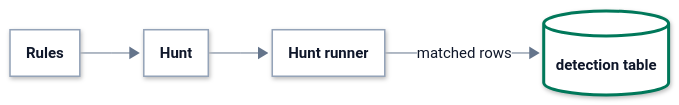
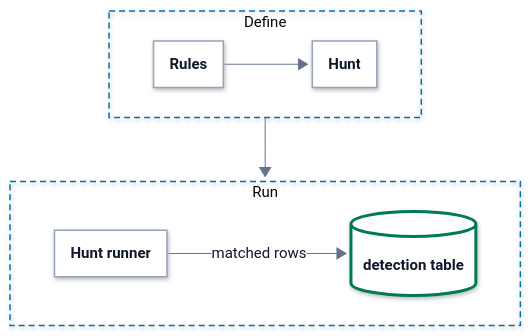
One commit to hyperi-io/dfe-engine changed the diagram in docs/data-plane/source-detections.md. Above: the diagram before and after it, drawn with Mermaid. The commit also changed 32 other files, not shown here.

First line of the commit message:
docs(architecture): engine page to the standard, diagrams to 860 px (#1209)

````diff
--- a/docs/data-plane/source-detections.md
+++ b/docs/data-plane/source-detections.md
@@ -76,72 +76,79 @@
 ```mermaid
 ---
 config:
   theme: base
   look: neo
   fontFamily: Inter, -apple-system, Segoe UI, Roboto, Helvetica, Arial, sans-serif
   flowchart:
     curve: linear
     nodeSpacing: 40
     rankSpacing: 64
     padding: 18
     wrappingWidth: 280
     htmlLabels: true
   elk:
     preset: modelOrder
   themeVariables:
     fontSize: 15px
     lineColor: "#64748B"
     primaryTextColor: "#0F172A"
     clusterBorder: "#0072B2"
     edgeLabelBackground: "#FFFFFF"
   themeCSS: >-
     p{margin:0}
     .node[data-look] rect,.node[data-look] path,.node[data-look] polygon,.node[data-look] .outer-path{filter:drop-shadow(0 1px 2px rgba(15,23,42,.10)) drop-shadow(0 6px 14px rgba(15,23,42,.10))}
     .node rect{rx:10px;ry:10px}
     .cluster rect{rx:16px;ry:16px}
     .node .label div{min-width:150px}
     .node.decision .label div{min-width:0}
     .cluster[data-look] rect{filter:none}
     .nodeLabel{line-height:1.35}
     .nodeLabel b{font-weight:600;font-size:15px;letter-spacing:-0.01em}
     .nodeLabel span{font-size:12.5px;font-weight:400;color:#334155}
     .cluster-label span.nodeLabel{display:inline-block;background:#FFFFFF;color:#0B2A3F;border:1.5px solid #0072B2;border-radius:999px;padding:2px 12px;font-size:11.5px;font-weight:700;letter-spacing:.09em;text-transform:uppercase}
     .flowchart-link{stroke-width:1.75px}
     .labelBkg{background:transparent!important}
     span.edgeLabel{display:inline-block;background:#FFFFFF!important;color:#1E293B;border:1px solid #94A3B8;border-radius:999px;padding:2px 10px;font-size:12px;font-weight:500}
     span.edgeLabel p{background:transparent!important}
     .label-icon{width:20px;height:20px;vertical-align:-4px;margin-right:6px}
     .ingest .label-icon{color:#0E8A7D}
     .xform .label-icon{color:#7B4FB0}
     .load .label-icon{color:#0072B2}
     .bus .label-icon{color:#A8517F}
     .store .label-icon{color:#00785A}
     .ui .label-icon{color:#D9480F}
     .ext .label-icon{color:#64748B}
 ---
-flowchart LR
+flowchart TB
   accTitle: L4 Detail -- Rule to detection table
   accDescr: A hunt groups rules and carries the schedule. The hunt runner runs each rule over the hunt's window and writes every matched row to the detection table.
 
-  rules["<b>Rules</b>"]
-  hunt["<b>Hunt</b>"]
-  runner["<b>Hunt runner</b>"]
-  detection[("<b>detection table</b>")]
-
-  rules --> hunt
-  hunt --> runner
-  runner -->|matched rows| detection
+  subgraph DEFINE["Define"]
+    direction LR
+    rules["<b>Rules</b>"]
+    hunt["<b>Hunt</b>"]
+    rules --> hunt
+  end
+  subgraph RUN["Run"]
+    direction LR
+    runner["<b>Hunt runner</b>"]
+    detection[("<b>detection table</b>")]
+    runner -->|matched rows| detection
+  end
+  DEFINE --> RUN
+  class detection store
+  class rules,hunt,runner part
   classDef ext fill:#F4F6F8,stroke:#94A3B8,stroke-width:1.5px,stroke-dasharray:5 4,color:#0F172A
   classDef ingest fill:#FFFFFF,stroke:#0E8A7D,stroke-width:3px,color:#0F172A
   classDef xform fill:#FFFFFF,stroke:#7B4FB0,stroke-width:3px,color:#0F172A
   classDef load fill:#FFFFFF,stroke:#0072B2,stroke-width:3px,color:#0F172A
   classDef bus fill:#FFFFFF,stroke:#A8517F,stroke-width:3px,color:#0F172A
   classDef store fill:#FFFFFF,stroke:#00785A,stroke-width:3px,color:#0F172A
   classDef ui fill:#FFFFFF,stroke:#D9480F,stroke-width:3px,color:#0F172A
   classDef decision fill:#FFFFFF,stroke:#9A6700,stroke-width:3px,color:#0F172A
   classDef error fill:#FFFFFF,stroke:#C2410C,stroke-width:3px,color:#0F172A
   classDef control fill:#FFFFFF,stroke:#334155,stroke-width:3px,color:#0F172A
   classDef part fill:#FFFFFF,stroke:#94A3B8,stroke-width:1.5px,color:#0F172A
-  class detection store
-  class rules,hunt,runner part
+  style DEFINE fill:none,stroke:#0072B2,stroke-width:1.5px,stroke-dasharray:6 4
+  style RUN fill:none,stroke:#0072B2,stroke-width:1.5px,stroke-dasharray:6 4
 ```
````
